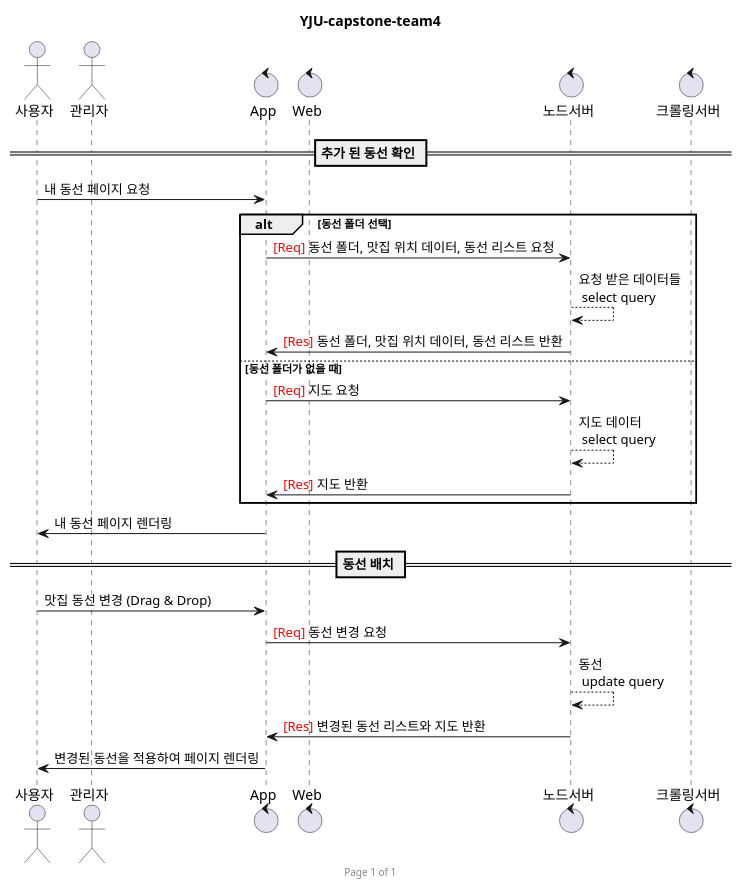
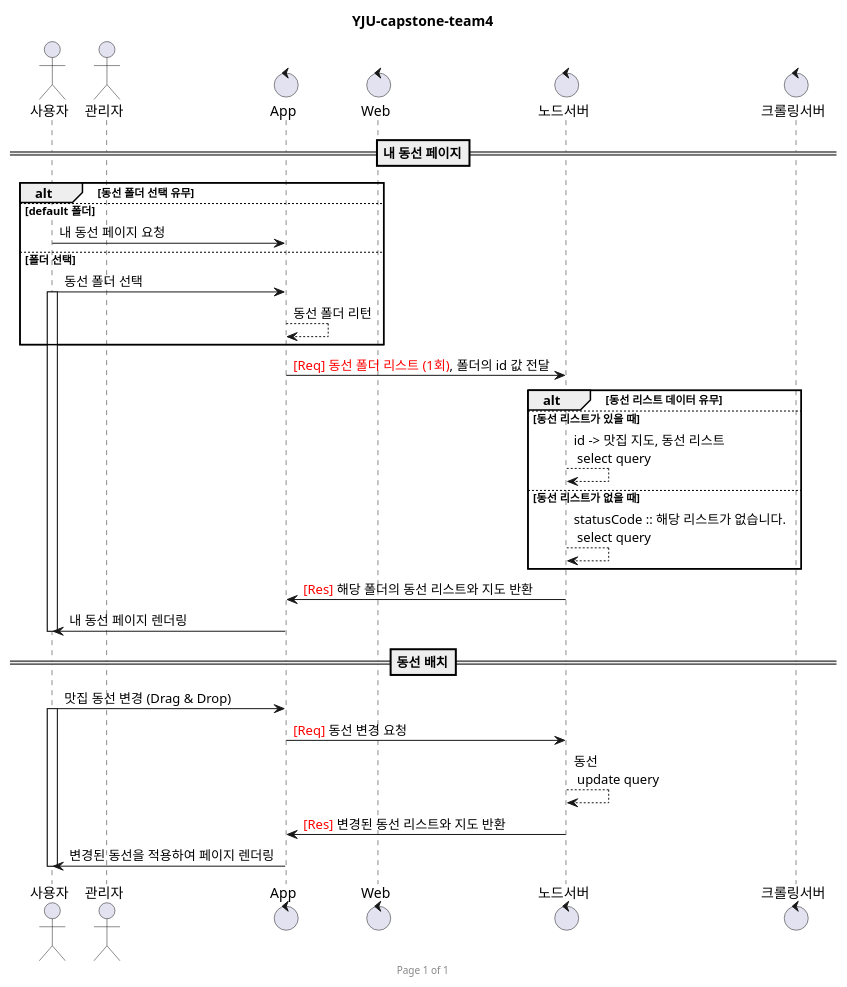
Before and after one commit to Samsam-lee/React.js-project-AdminWeb: the diagram in check_course.wsd, drawn with PlantUML. The commit also changed 3 other files, not shown here.

```diff
--- a/check_course.wsd
+++ b/check_course.wsd
@@ -1,34 +1,44 @@
 @startuml
 
 title YJU-capstone-team4
 footer Page %page% of %lastpage%
 
 actor 사용자 as User
 actor 관리자 as Admin
 
 control App
 control Web
 control 노드서버 as Node
 control 크롤링서버 as Lamda
 
-== 추가 된 동선 확인 ==
-User -> App : 내 동선 페이지 요청
-    alt 동선 폴더 선택
-        App -> Node : <font color=red>[Req]</font> 동선 폴더, 맛집 위치 데이터, 동선 리스트 요청
-            Node --> Node : 요청 받은 데이터들 \n select query
-        Node -> App : <font color=red>[Res]</font> 동선 폴더, 맛집 위치 데이터, 동선 리스트 반환
-    else 동선 폴더가 없을 때
-        App -> Node : <font color=red>[Req]</font> 지도 요청
-            Node --> Node : 지도 데이터 \n select query
-        Node -> App : <font color=red>[Res]</font> 지도 반환
-    end
-App -> User : 내 동선 페이지 렌더링
 
-== 동선 배치 ==
+==내 동선 페이지==
+alt 동선 폴더 선택 유무
+else default 폴더
+    User -> App : 내 동선 페이지 요청
+else 폴더 선택
+    User -> App : 동선 폴더 선택
+activate User
+        App --> App : 동선 폴더 리턴
+end
+        App -> Node : <font color=red>[Req] 동선 폴더 리스트 (1회)</font>, 폴더의 id 값 전달
+            alt 동선 리스트 데이터 유무
+                else 동선 리스트가 있을 때
+                    Node --> Node : id -> 맛집 지도, 동선 리스트 \n select query
+                else 동선 리스트가 없을 때
+                    Node --> Node : statusCode :: 해당 리스트가 없습니다. \n select query
+            end
+        Node -> App : <font color=red>[Res]</font> 해당 폴더의 동선 리스트와 지도 반환
+    App -> User : 내 동선 페이지 렌더링
+deactivate User
+
+==동선 배치==
 User -> App : 맛집 동선 변경 (Drag & Drop)
+activate User
     App -> Node : <font color=red>[Req]</font> 동선 변경 요청
         Node --> Node : 동선 \n update query
     Node -> App : <font color=red>[Res]</font> 변경된 동선 리스트와 지도 반환
 App -> User : 변경된 동선을 적용하여 페이지 렌더링
+deactivate User
 
 @enduml
```
